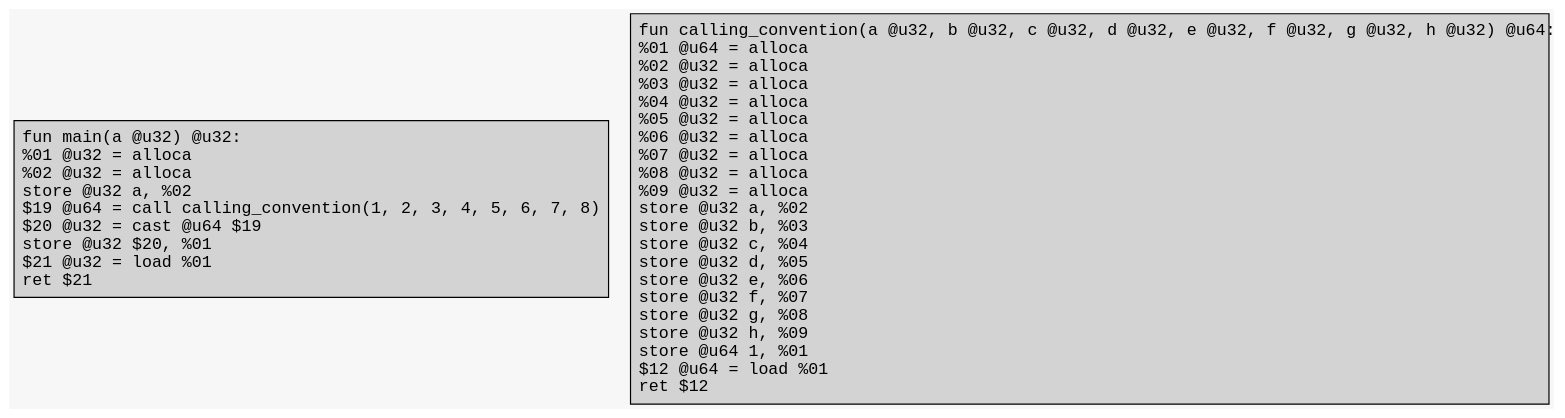
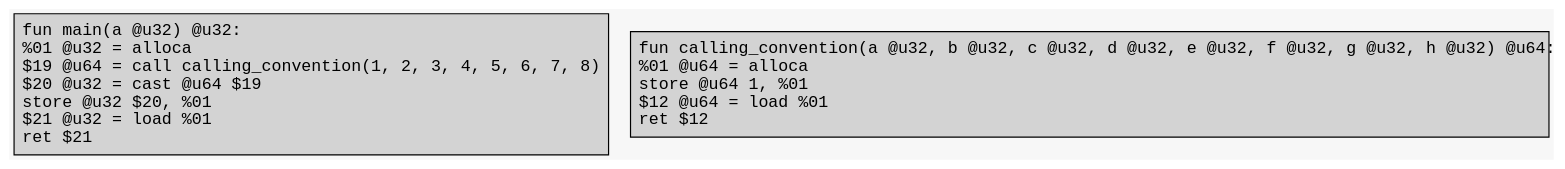
Before and after one commit to Excse/arkoi_language: the diagram in example/cc/cc_opt.dot, drawn with Graphviz. The commit also changed 6 other files, not shown here.

```diff
--- a/example/cc/cc_opt.dot
+++ b/example/cc/cc_opt.dot
@@ -1,10 +1,10 @@
 digraph CFG {
 	graph [fontname = "Monospace"];
 	node  [fontname = "Monospace", shape=box, style=filled, margin=0.1];
 	edge  [fontname = "Monospace"];
 	bgcolor = "#f7f7f7";
 	splines = false;
 
-	L0 [label="fun main(a @u32) @u32:\l %01 @u32 = alloca\l %02 @u32 = alloca\l store @u32 a, %02\l $19 @u64 = call calling_convention(1, 2, 3, 4, 5, 6, 7, 8)\l $20 @u32 = cast @u64 $19\l store @u32 $20, %01\l $21 @u32 = load %01\l ret $21\l"];
-	L2 [label="fun calling_convention(a @u32, b @u32, c @u32, d @u32, e @u32, f @u32, g @u32, h @u32) @u64:\l %01 @u64 = alloca\l %02 @u32 = alloca\l %03 @u32 = alloca\l %04 @u32 = alloca\l %05 @u32 = alloca\l %06 @u32 = alloca\l %07 @u32 = alloca\l %08 @u32 = alloca\l %09 @u32 = alloca\l store @u32 a, %02\l store @u32 b, %03\l store @u32 c, %04\l store @u32 d, %05\l store @u32 e, %06\l store @u32 f, %07\l store @u32 g, %08\l store @u32 h, %09\l store @u64 1, %01\l $12 @u64 = load %01\l ret $12\l"];
+	L0 [label="fun main(a @u32) @u32:\l %01 @u32 = alloca\l $19 @u64 = call calling_convention(1, 2, 3, 4, 5, 6, 7, 8)\l $20 @u32 = cast @u64 $19\l store @u32 $20, %01\l $21 @u32 = load %01\l ret $21\l"];
+	L2 [label="fun calling_convention(a @u32, b @u32, c @u32, d @u32, e @u32, f @u32, g @u32, h @u32) @u64:\l %01 @u64 = alloca\l store @u64 1, %01\l $12 @u64 = load %01\l ret $12\l"];
 }
```
